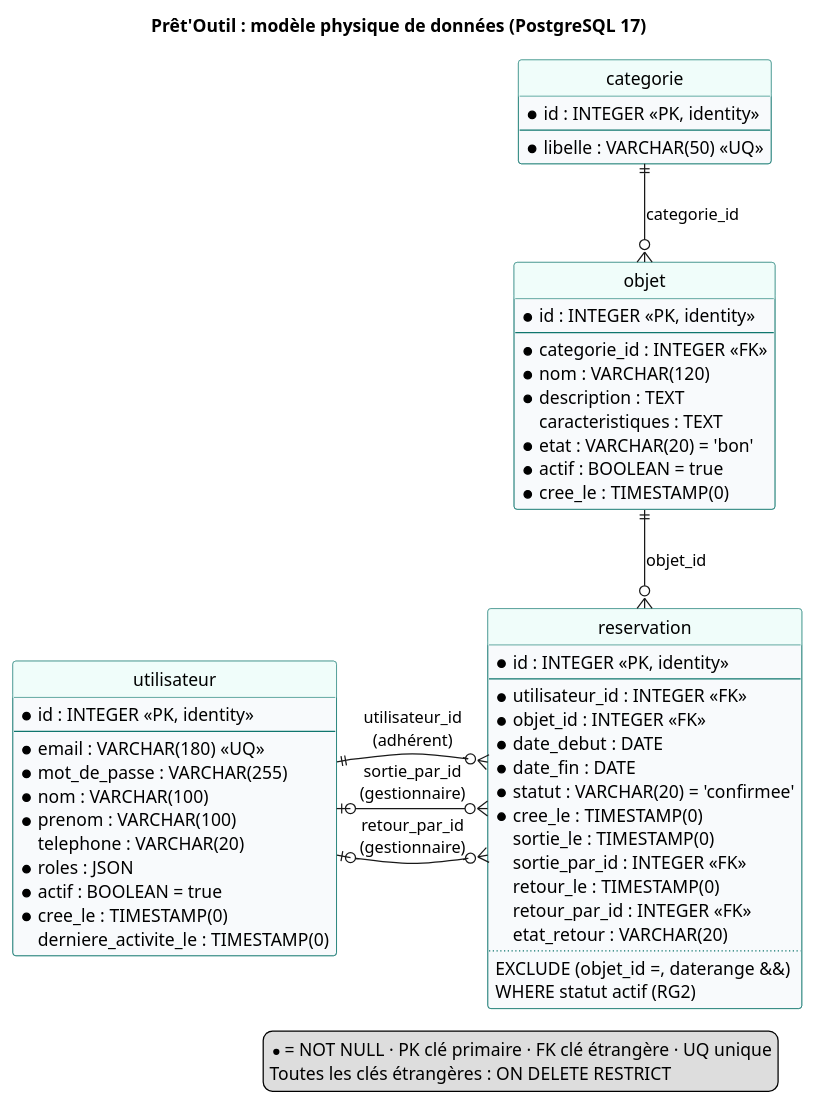
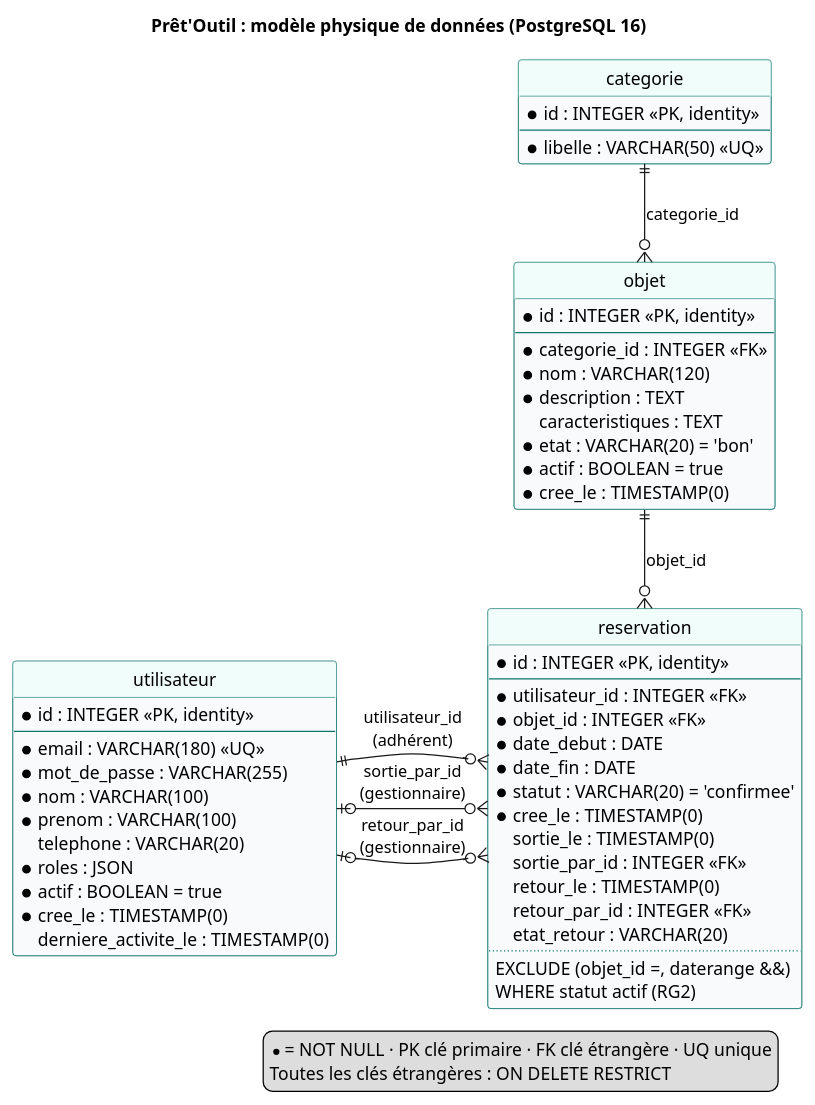
The diagram in docs/conception/mpd.puml (IamArayel/MSP2-PretOutil), drawn with PlantUML before and after one commit. The commit also changed 6 other files, not shown here.

First line of the commit message:
docs(conception): aligne la conception sur PostgreSQL 16 et corrige la stratégie de nommage

```diff
--- a/docs/conception/mpd.puml
+++ b/docs/conception/mpd.puml
@@ -1,71 +1,71 @@
 @startuml mpd
-title Prêt'Outil : modèle physique de données (PostgreSQL 17)
+title Prêt'Outil : modèle physique de données (PostgreSQL 16)
 hide circle
 skinparam class {
   BackgroundColor #F8FAFC
   BorderColor #0F766E
   HeaderBackgroundColor #F0FDFA
 }
 
 entity "utilisateur" as utilisateur {
   * id : INTEGER <<PK, identity>>
   --
   * email : VARCHAR(180) <<UQ>>
   * mot_de_passe : VARCHAR(255)
   * nom : VARCHAR(100)
   * prenom : VARCHAR(100)
   telephone : VARCHAR(20)
   * roles : JSON
   * actif : BOOLEAN = true
   * cree_le : TIMESTAMP(0)
   derniere_activite_le : TIMESTAMP(0)
 }
 
 entity "categorie" as categorie {
   * id : INTEGER <<PK, identity>>
   --
   * libelle : VARCHAR(50) <<UQ>>
 }
 
 entity "objet" as objet {
   * id : INTEGER <<PK, identity>>
   --
   * categorie_id : INTEGER <<FK>>
   * nom : VARCHAR(120)
   * description : TEXT
   caracteristiques : TEXT
   * etat : VARCHAR(20) = 'bon'
   * actif : BOOLEAN = true
   * cree_le : TIMESTAMP(0)
 }
 
 entity "reservation" as reservation {
   * id : INTEGER <<PK, identity>>
   --
   * utilisateur_id : INTEGER <<FK>>
   * objet_id : INTEGER <<FK>>
   * date_debut : DATE
   * date_fin : DATE
   * statut : VARCHAR(20) = 'confirmee'
   * cree_le : TIMESTAMP(0)
   sortie_le : TIMESTAMP(0)
   sortie_par_id : INTEGER <<FK>>
   retour_le : TIMESTAMP(0)
   retour_par_id : INTEGER <<FK>>
   etat_retour : VARCHAR(20)
   ..
   EXCLUDE (objet_id =, daterange &&)
   WHERE statut actif (RG2)
 }
 
 categorie ||--o{ objet : categorie_id
 objet ||--o{ reservation : objet_id
 utilisateur ||-right-o{ reservation : utilisateur_id\n(adhérent)
 utilisateur |o-right-o{ reservation : sortie_par_id\n(gestionnaire)
 utilisateur |o-right-o{ reservation : retour_par_id\n(gestionnaire)
 
 legend right
   * = NOT NULL · PK clé primaire · FK clé étrangère · UQ unique
   Toutes les clés étrangères : ON DELETE RESTRICT
 endlegend
 @enduml
```
